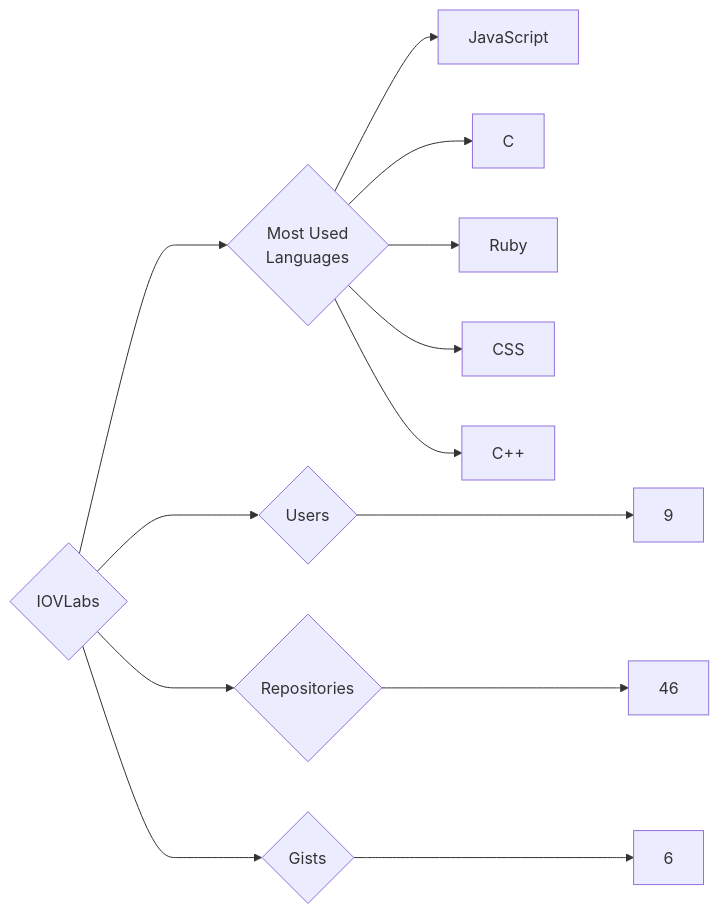
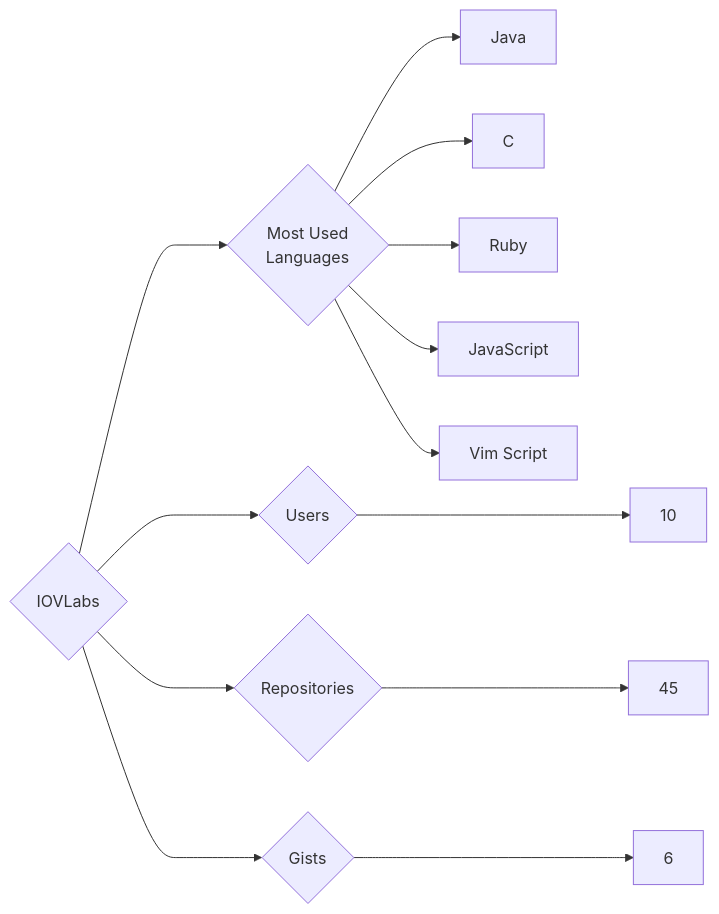
One commit to trickest/insiders changed the diagram in targets/IOVLabs/README.md. Above: the diagram before and after it, drawn with Mermaid. The commit also changed 1149 other files, not shown here.

````diff
--- a/targets/IOVLabs/README.md
+++ b/targets/IOVLabs/README.md
@@ -3,13 +3,13 @@
 ```mermaid
 graph LR
 COMPANY_NAME{IOVLabs}
-COMPANY_NAME ---> U{Users} ---> UN[9]
-COMPANY_NAME ---> R{Repositories} ---> RN[46]
+COMPANY_NAME ---> U{Users} ---> UN[10]
+COMPANY_NAME ---> R{Repositories} ---> RN[45]
 COMPANY_NAME ---> G{Gists} ---> GN[6]
 COMPANY_NAME ---> ML{Most Used<br>Languages}
-ML --> JavaScript[JavaScript]
+ML --> Java[Java]
 ML --> C[C]
 ML --> Ruby[Ruby]
-ML --> CSS[CSS]
-ML --> C++[C++]
+ML --> JavaScript[JavaScript]
+ML --> Vim_Script[Vim Script]
 ```
````
